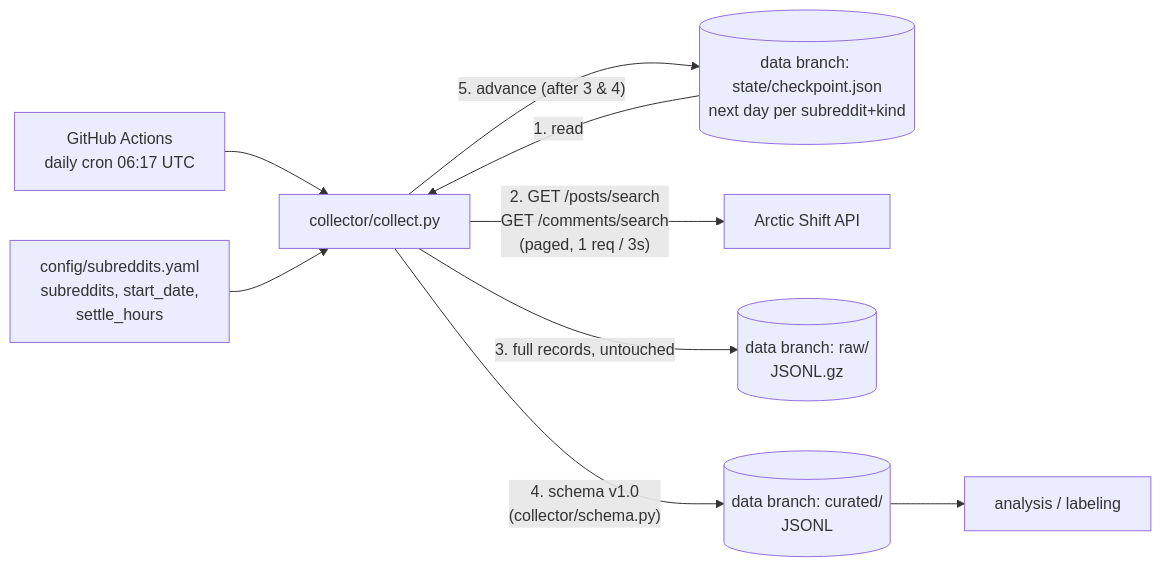
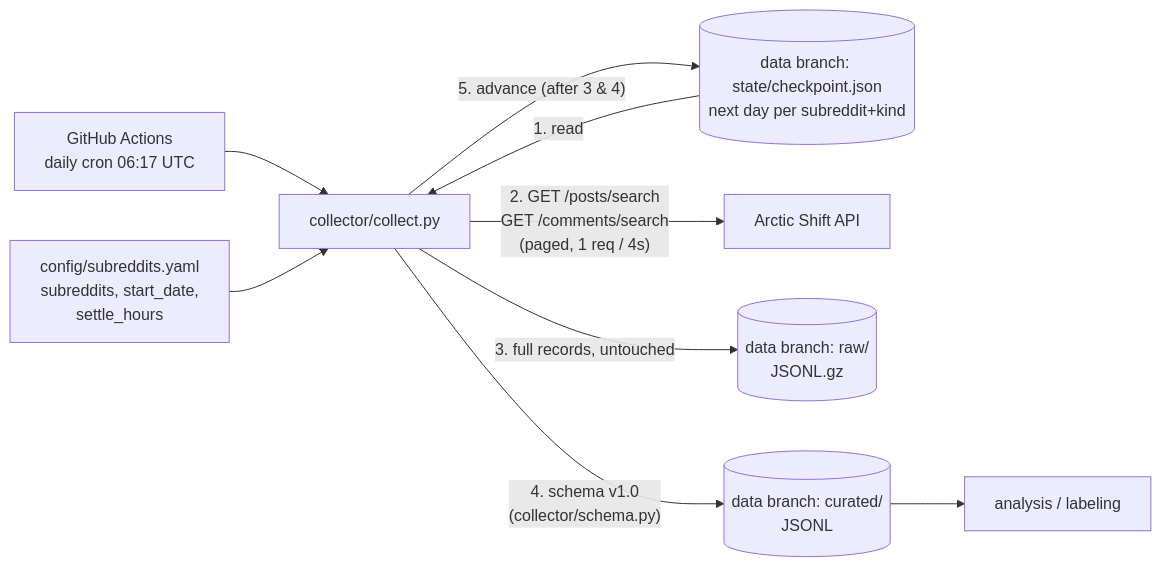
Before and after one commit to Tsovinar1986/Ozempic: the diagram in README.md, drawn with Mermaid. The commit also changed other lines of this file, not shown here.

````diff
--- a/README.md
+++ b/README.md
@@ -8,11 +8,11 @@
 ```mermaid
 flowchart LR
     cron["GitHub Actions<br/>daily cron 06:17 UTC"] --> script["collector/collect.py"]
     cfg["config/subreddits.yaml<br/>subreddits, start_date,<br/>settle_hours"] --> script
     ckpt[("data branch: state/checkpoint.json<br/>next day per subreddit+kind")] -- "1. read" --> script
-    script -- "2. GET /posts/search<br/>GET /comments/search<br/>(paged, 1 req / 3s)" --> api["Arctic Shift API"]
+    script -- "2. GET /posts/search<br/>GET /comments/search<br/>(paged, 1 req / 4s)" --> api["Arctic Shift API"]
     script -- "3. full records, untouched" --> raw[("data branch: raw/<br/>JSONL.gz")]
     script -- "4. schema v1.0<br/>(collector/schema.py)" --> cur[("data branch: curated/<br/>JSONL")]
     script -- "5. advance (after 3 & 4)" --> ckpt
     cur --> use["analysis / labeling"]
 ```
````
